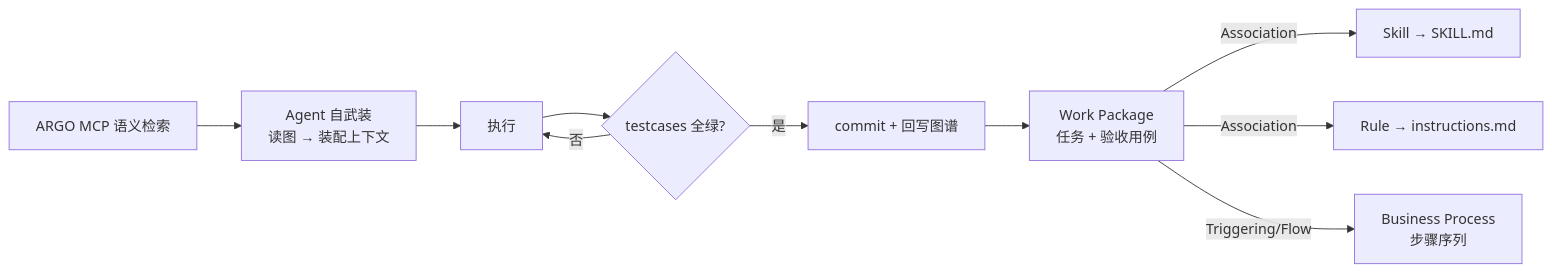
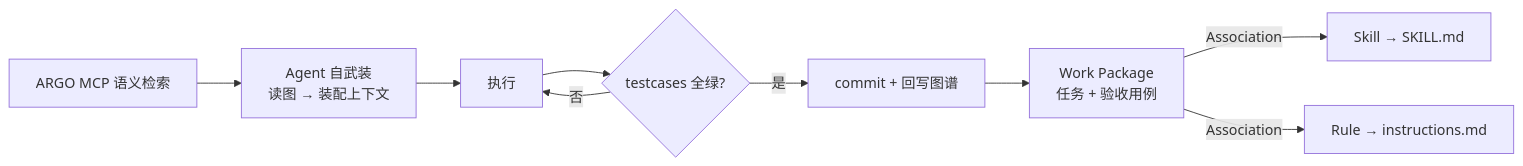
The first of 2 diagrams in docs/agent-programming-language.md (derekhu0002/archgraph), drawn with Mermaid before and after one commit. The commit also changed other lines of this file, not shown here.

````diff
--- a/docs/agent-programming-language.md
+++ b/docs/agent-programming-language.md
@@ -25,12 +26,11 @@
 ```mermaid
 flowchart LR
   A[Work Package<br/>任务 + 验收用例] -->|Association| B[Skill → SKILL.md]
   A -->|Association| C[Rule → instructions.md]
-  A -->|Triggering/Flow| D[Business Process<br/>步骤序列]
   E[ARGO MCP 语义检索] --> F[Agent 自武装<br/>读图 → 装配上下文]
   F --> G[执行]
   G --> H{testcases 全绿?}
   H -- 否 --> G
   H -- 是 --> I[commit + 回写图谱]
   I --> A
 ```
````
